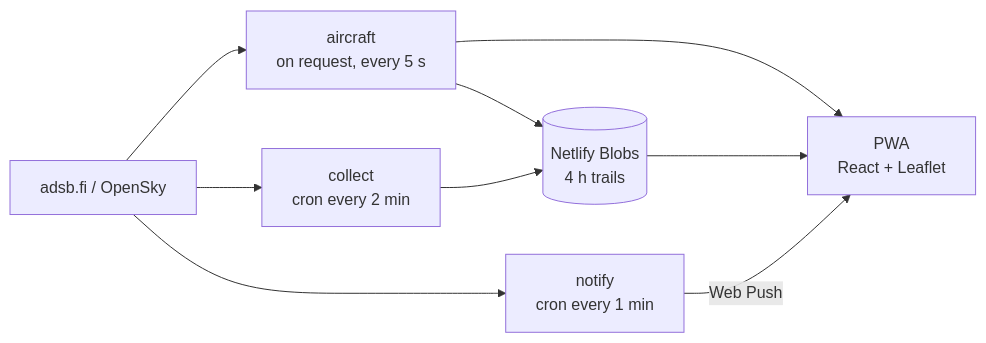
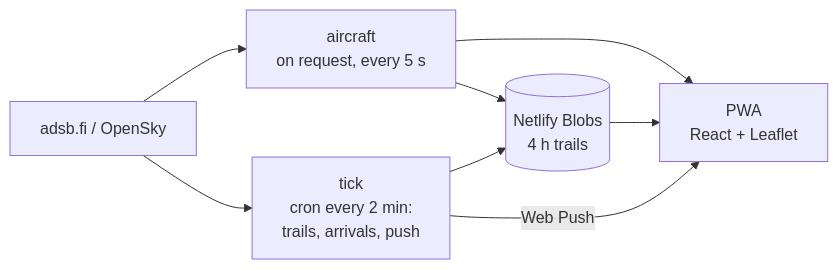
The diagram in README.md (mporeba16/military-radar), drawn with Mermaid before and after one commit. The commit also changed other lines of this file and 19 other files, not shown here.

First line of the commit message:
Przyloty: start to nie lądowanie, wcześniejsze podejście; jeden cron tick

````diff
--- a/README.md
+++ b/README.md
@@ -70,11 +70,10 @@
 ```mermaid
 flowchart LR
   A[adsb.fi / OpenSky] --> F[aircraft<br/>on request, every 5 s]
-  A --> C[collect<br/>cron every 2 min]
+  A --> T[tick<br/>cron every 2 min:<br/>trails, arrivals, push]
   F --> B[(Netlify Blobs<br/>4 h trails)]
-  C --> B
+  T --> B
   F --> P[PWA<br/>React + Leaflet]
   B --> P
-  A --> N[notify<br/>cron every 1 min]
-  N -->|Web Push| P
+  T -->|Web Push| P
 ```
````
